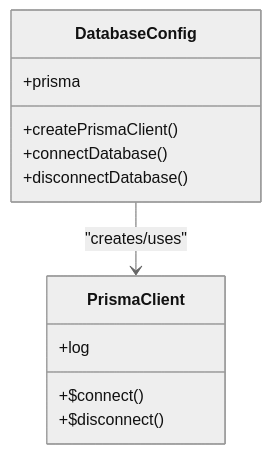
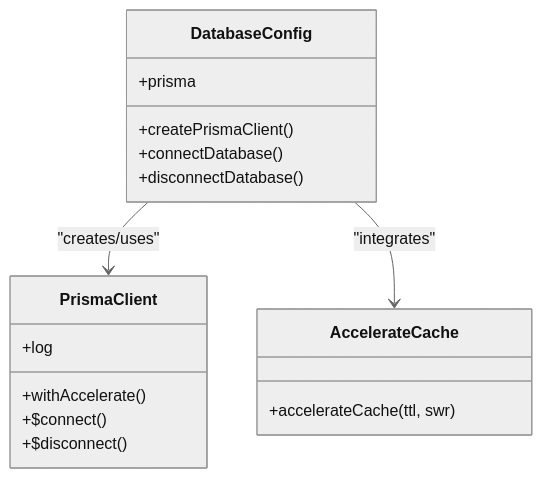
One commit to Dequeue-Tech/DeQ-Bite changed the seventh of 11 diagrams in .qoder/repowiki/en/content/Backend System/Backend Architecture.md. Above: the diagram before and after it, drawn with Mermaid (neutral theme). The commit also changed other lines of this file and 25 other files, not shown here.

````diff
--- a/.qoder/repowiki/en/content/Backend System/Backend Architecture.md
+++ b/.qoder/repowiki/en/content/Backend System/Backend Architecture.md
@@ -324,15 +357,20 @@
 ```mermaid
 classDiagram
 class PrismaClient {
 +log
++withAccelerate()
 +$connect()
 +$disconnect()
 }
 class DatabaseConfig {
 +createPrismaClient()
 +connectDatabase()
 +disconnectDatabase()
 +prisma
 }
+class AccelerateCache {
++accelerateCache(ttl, swr)
+}
 DatabaseConfig --> PrismaClient : "creates/uses"
+DatabaseConfig --> AccelerateCache : "integrates"
 ```
````
